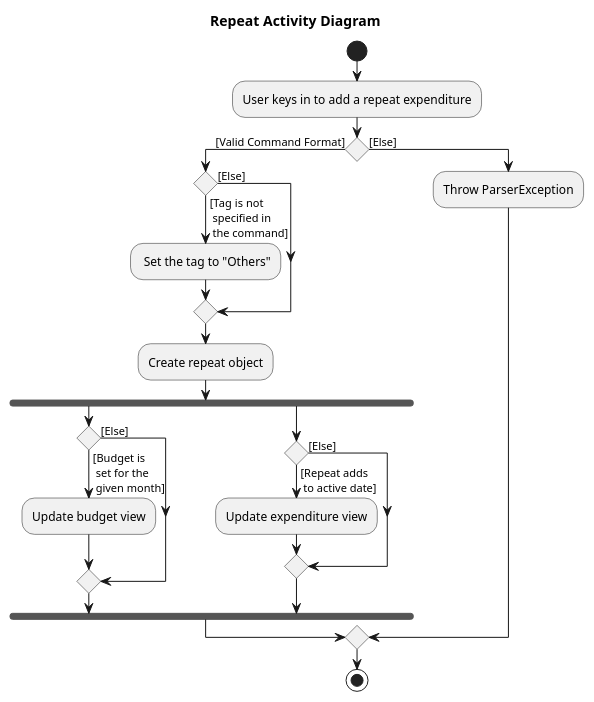
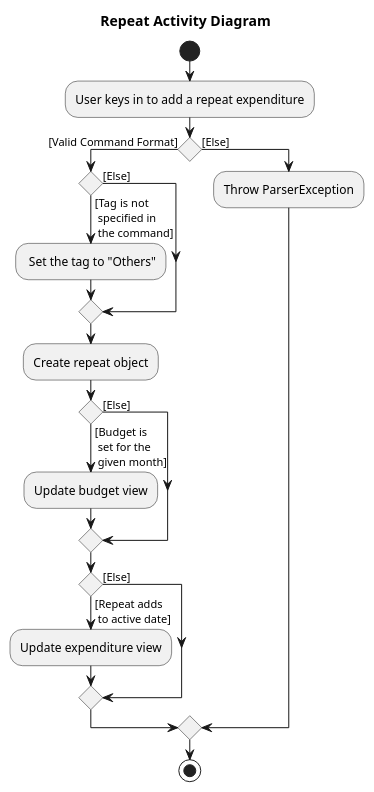
The diagram in docs/diagrams/repeatActivityDiagram.puml (zwasd/main), drawn with PlantUML before and after one commit. The commit also changed 6 other files, not shown here.

Commit message:
change diagram

```diff
--- a/docs/diagrams/repeatActivityDiagram.puml
+++ b/docs/diagrams/repeatActivityDiagram.puml
@@ -1,26 +1,26 @@
 @startuml
 title Repeat Activity Diagram
 start
 :User keys in to add a repeat expenditure;
 if () then ([Valid Command Format])
     if () then ([Tag is not\n specified in\n the command]\n)
         : Set the tag to "Others";
     else ([Else])
     endif
     :Create repeat object;
-        fork
-        if () then ([Budget is\n set for the\n given month]\n)
-            :Update budget view;
-        else ([Else])
-        endif
-        fork again
-        if () then ([Repeat adds\n to active date])
-            :Update expenditure view;
-        else ([Else])
-        endif
-        end fork
+
+    if () then ([Budget is\n set for the\n given month]\n)
+       :Update budget view;
+    else ([Else])
+    endif
+
+
+    if () then ([Repeat adds\n to active date])
+        :Update expenditure view;
+    else ([Else])
+    endif
 else ([Else])
     :Throw ParserException;
 endif
 stop
 @enduml
```
